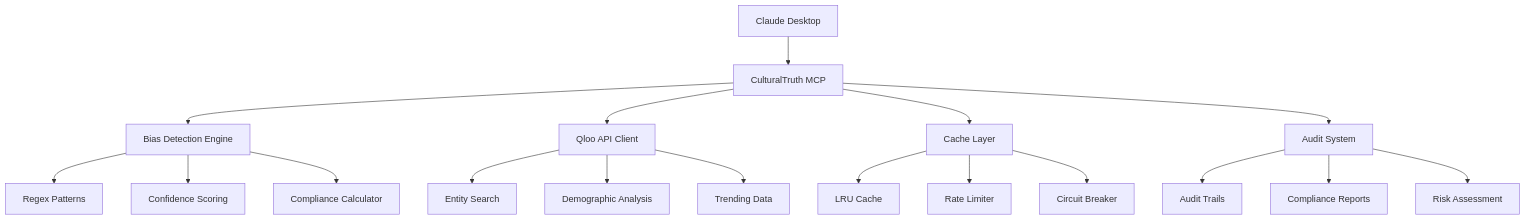
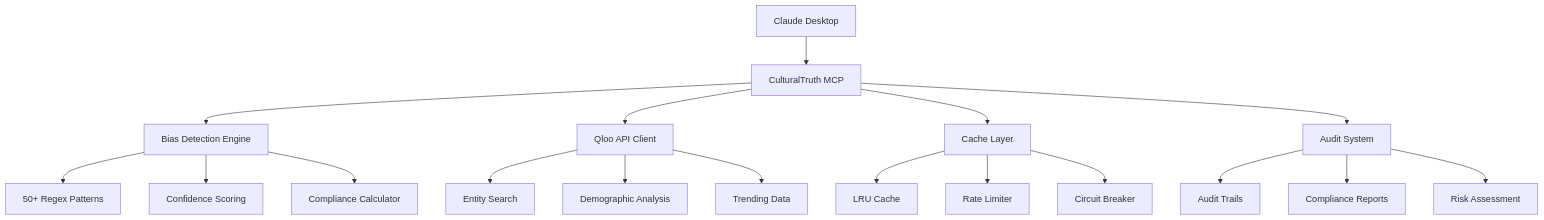
The diagram in readme.md (jacksonkasi1/CulturalTruth-MCP), drawn with Mermaid before and after one commit. The commit also changed other lines of this file, not shown here.

````diff
--- a/readme.md
+++ b/readme.md
@@ -147,24 +53,24 @@
 ```mermaid
 graph TB
     A[Claude Desktop] --> B[CulturalTruth MCP]
     B --> C[Bias Detection Engine]
     B --> D[Qloo API Client]
     B --> E[Cache Layer]
     B --> F[Audit System]
     
-    C --> G[Regex Patterns]
+    C --> G[50+ Regex Patterns]
     C --> H[Confidence Scoring]
     C --> I[Compliance Calculator]
     
     D --> J[Entity Search]
     D --> K[Demographic Analysis]  
     D --> L[Trending Data]
     
     E --> M[LRU Cache]
     E --> N[Rate Limiter]
     E --> O[Circuit Breaker]
     
     F --> P[Audit Trails]
     F --> Q[Compliance Reports]
     F --> R[Risk Assessment]
 ```
````
